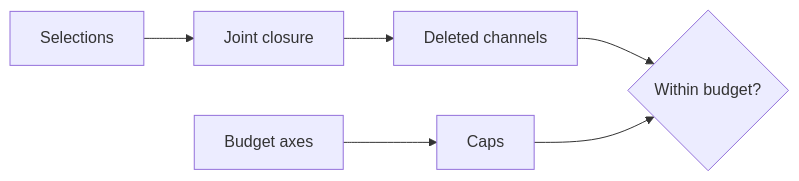
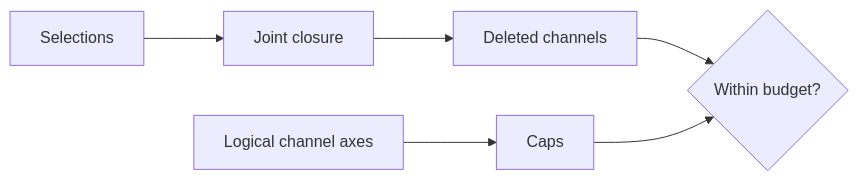
One commit to ZaberKo/torch-kirigami changed the second of 3 diagrams in docs/pruning-design.md. Above: the diagram before and after it, drawn with Mermaid. The commit also changed other lines of this file and 108 other files, not shown here.

````diff
--- a/docs/pruning-design.md
+++ b/docs/pruning-design.md
@@ -66,8 +96,8 @@
 ```mermaid
 flowchart LR
     Seeds["Selections"] --> Closure["Joint closure"]
     Closure --> Counts["Deleted channels"]
-    Axes["Budget axes"] --> Caps["Caps"]
+    Axes["Logical channel axes"] --> Caps["Caps"]
     Counts --> Check{"Within budget?"}
     Caps --> Check
 ```
````
